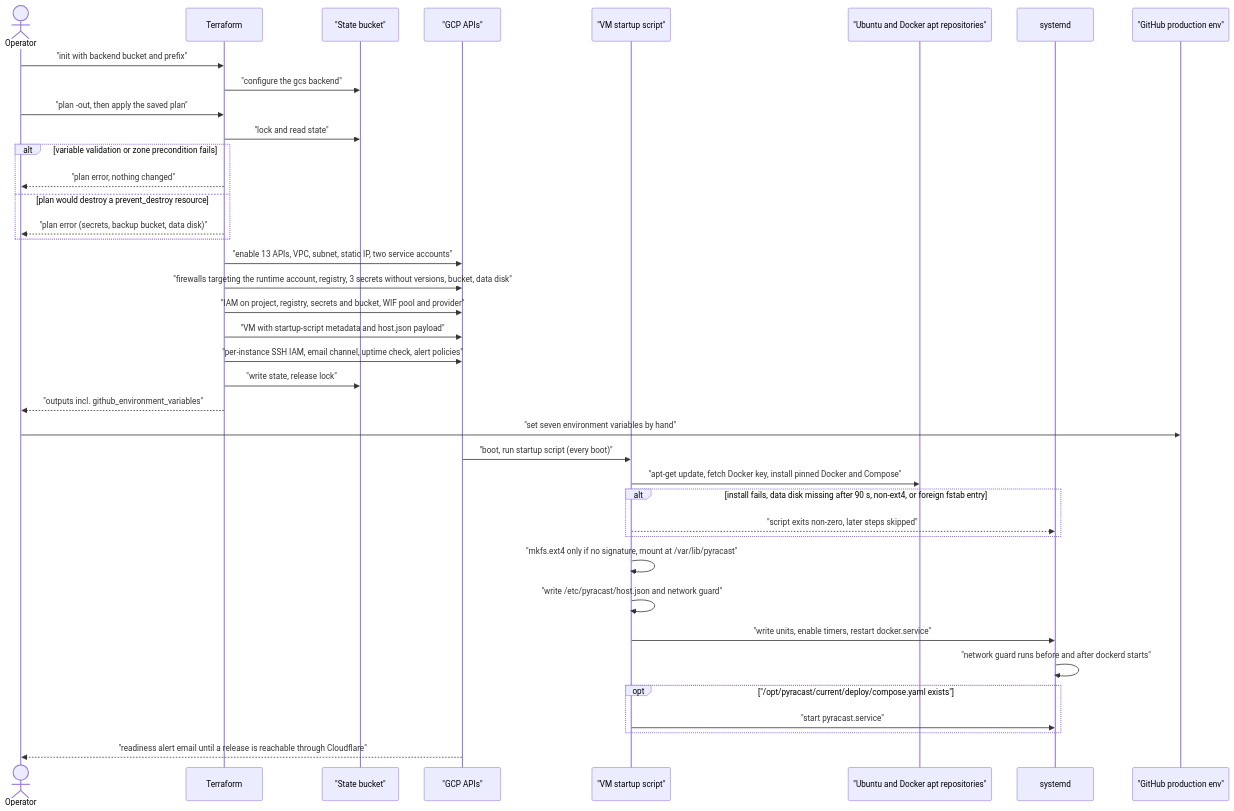
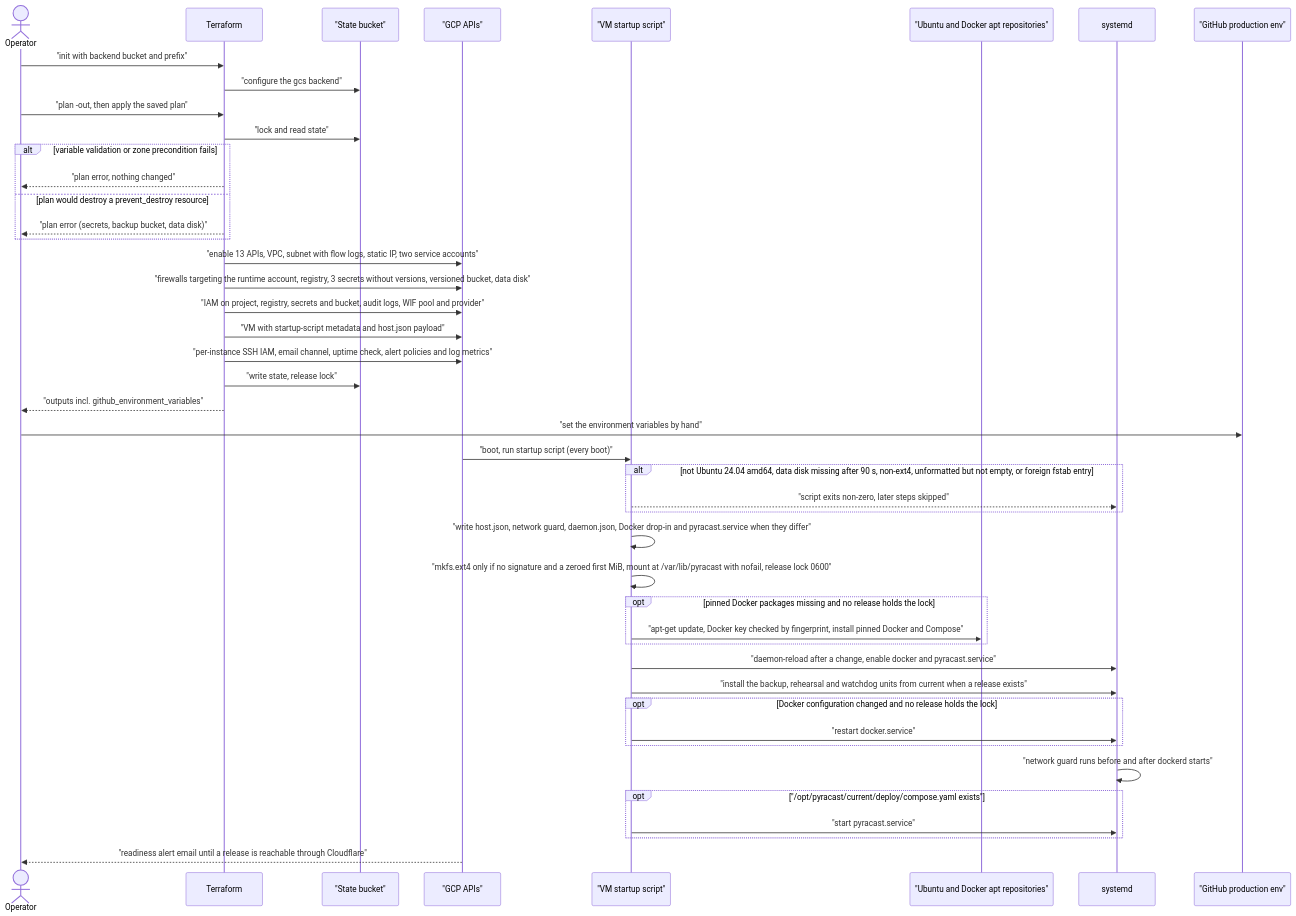
Before and after one commit to erkurtharun/pyracast: the diagram in docs/flows/infrastructure-provisioning.md, drawn with Mermaid. The commit also changed other lines of this file and 85 other files, not shown here.

First line of the commit message:
Bring the flow pages in line with the code (#107)

````diff
--- a/docs/flows/infrastructure-provisioning.md
+++ b/docs/flows/infrastructure-provisioning.md
@@ -16,41 +15,47 @@
 ```mermaid
 sequenceDiagram
     actor Op as Operator
     participant TF as Terraform
     participant St as "State bucket"
     participant G as "GCP APIs"
     participant VM as "VM startup script"
     participant Pkg as "Ubuntu and Docker apt repositories"
     participant SD as systemd
     participant GH as "GitHub production env"
     Op->>TF: "init with backend bucket and prefix"
     TF->>St: "configure the gcs backend"
     Op->>TF: "plan -out, then apply the saved plan"
     TF->>St: "lock and read state"
     alt variable validation or zone precondition fails
         TF-->>Op: "plan error, nothing changed"
     else plan would destroy a prevent_destroy resource
         TF-->>Op: "plan error (secrets, backup bucket, data disk)"
     end
-    TF->>G: "enable 13 APIs, VPC, subnet, static IP, two service accounts"
-    TF->>G: "firewalls targeting the runtime account, registry, 3 secrets without versions, bucket, data disk"
-    TF->>G: "IAM on project, registry, secrets and bucket, WIF pool and provider"
+    TF->>G: "enable 13 APIs, VPC, subnet with flow logs, static IP, two service accounts"
+    TF->>G: "firewalls targeting the runtime account, registry, 3 secrets without versions, versioned bucket, data disk"
+    TF->>G: "IAM on project, registry, secrets and bucket, audit logs, WIF pool and provider"
     TF->>G: "VM with startup-script metadata and host.json payload"
-    TF->>G: "per-instance SSH IAM, email channel, uptime check, alert policies"
+    TF->>G: "per-instance SSH IAM, email channel, uptime check, alert policies and log metrics"
     TF->>St: "write state, release lock"
     TF-->>Op: "outputs incl. github_environment_variables"
-    Op->>GH: "set seven environment variables by hand"
+    Op->>GH: "set the environment variables by hand"
     G->>VM: "boot, run startup script (every boot)"
-    VM->>Pkg: "apt-get update, fetch Docker key, install pinned Docker and Compose"
-    alt install fails, data disk missing after 90 s, non-ext4, or foreign fstab entry
+    alt not Ubuntu 24.04 amd64, data disk missing after 90 s, non-ext4, unformatted but not empty, or foreign fstab entry
         VM-->>SD: "script exits non-zero, later steps skipped"
     end
-    VM->>VM: "mkfs.ext4 only if no signature, mount at /var/lib/pyracast"
-    VM->>VM: "write /etc/pyracast/host.json and network guard"
-    VM->>SD: "write units, enable timers, restart docker.service"
+    VM->>VM: "write host.json, network guard, daemon.json, Docker drop-in and pyracast.service when they differ"
+    VM->>VM: "mkfs.ext4 only if no signature and a zeroed first MiB, mount at /var/lib/pyracast with nofail, release lock 0600"
+    opt pinned Docker packages missing and no release holds the lock
+        VM->>Pkg: "apt-get update, Docker key checked by fingerprint, install pinned Docker and Compose"
+    end
+    VM->>SD: "daemon-reload after a change, enable docker and pyracast.service"
+    VM->>SD: "install the backup, rehearsal and watchdog units from current when a release exists"
+    opt Docker configuration changed and no release holds the lock
+        VM->>SD: "restart docker.service"
+    end
     SD->>SD: "network guard runs before and after dockerd starts"
     opt "/opt/pyracast/current/deploy/compose.yaml exists"
         VM->>SD: "start pyracast.service"
     end
     G-->>Op: "readiness alert email until a release is reachable through Cloudflare"
 ```
````
